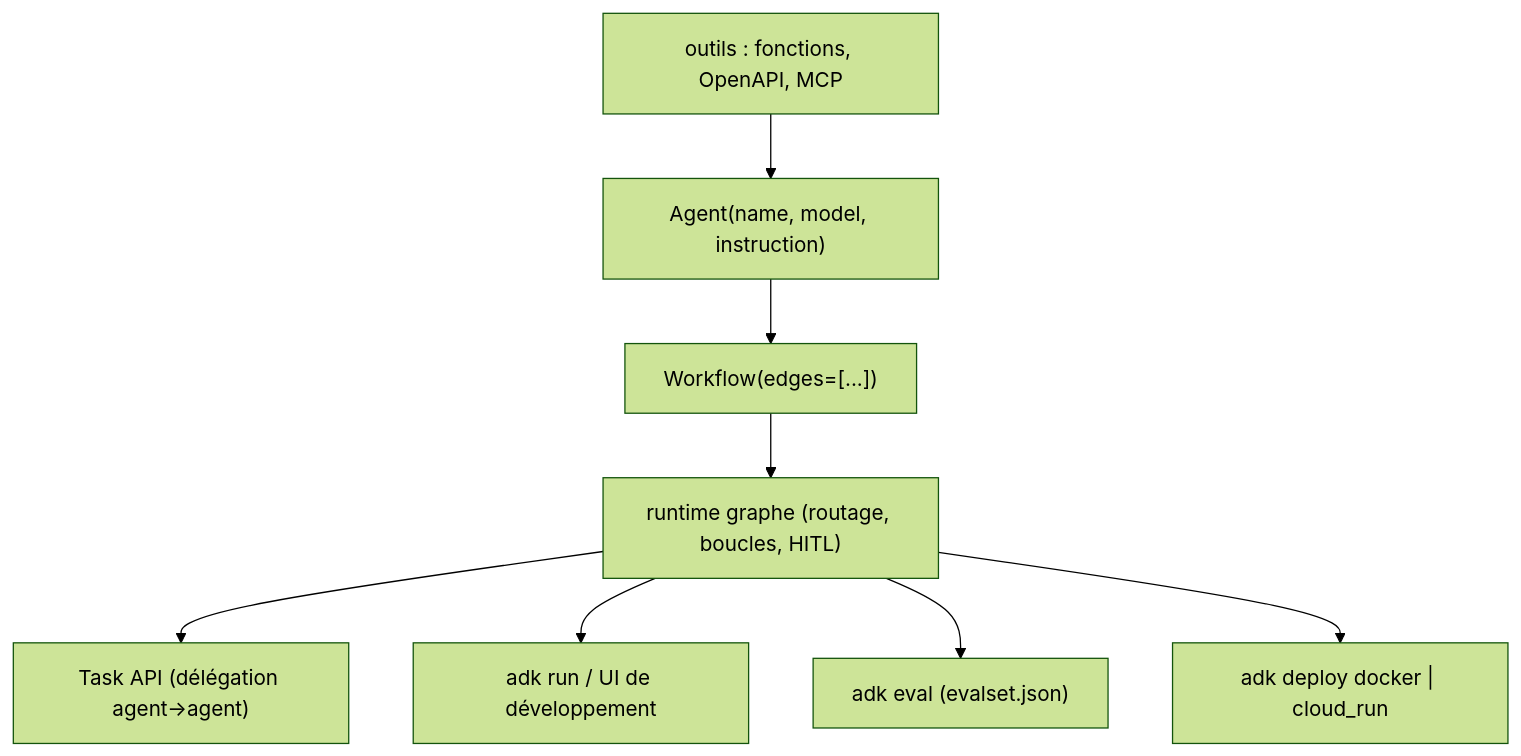
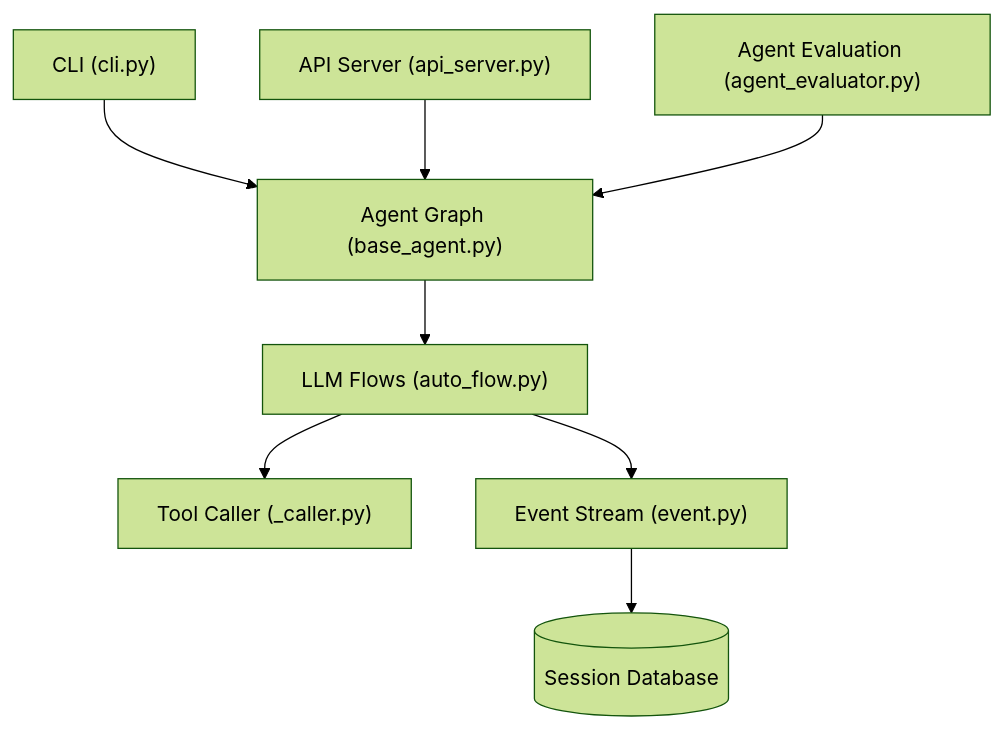
Before and after one commit to floSa/Veille-Repo: the diagram in veille/.data/fiches/google__adk-python.md, drawn with Mermaid (forest theme). The commit also changed other lines of this file and 1330 other files, not shown here.

First line of the commit message:
Mise à jour du catalogue : 7723 fiches, 7291 diagrammes

````diff
--- a/veille/.data/fiches/google__adk-python.md
+++ b/veille/.data/fiches/google__adk-python.md
@@ -33,10 +27,10 @@
 ```mermaid
 flowchart TD
-    AGENT["Agent(name, model, instruction)"] --> WF["Workflow(edges=[...])"]
-    TOOLS["outils : fonctions, OpenAPI, MCP"] --> AGENT
-    WF --> RUNTIME["runtime graphe (routage, boucles, HITL)"]
-    RUNTIME --> TASK["Task API (délégation agent→agent)"]
-    RUNTIME --> UI["adk run / UI de développement"]
-    RUNTIME --> EVAL["adk eval (evalset.json)"]
-    RUNTIME --> DEPLOY["adk deploy docker | cloud_run"]
+  CLI["CLI (cli.py)"] --> AG["Agent Graph (base_agent.py)"]
+  API["API Server (api_server.py)"] --> AG
+  AG --> FL["LLM Flows (auto_flow.py)"]
+  FL --> TC["Tool Caller (_caller.py)"]
+  FL --> EV["Event Stream (event.py)"]
+  EV --> SS[("Session Database")]
+  EVAL["Agent Evaluation (agent_evaluator.py)"] --> AG
 ```
````
